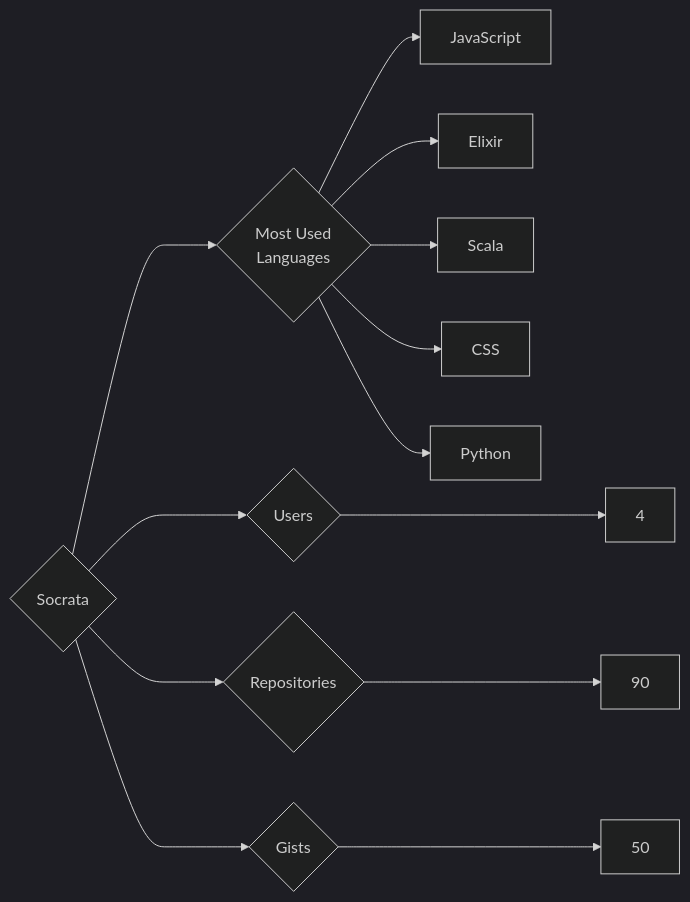
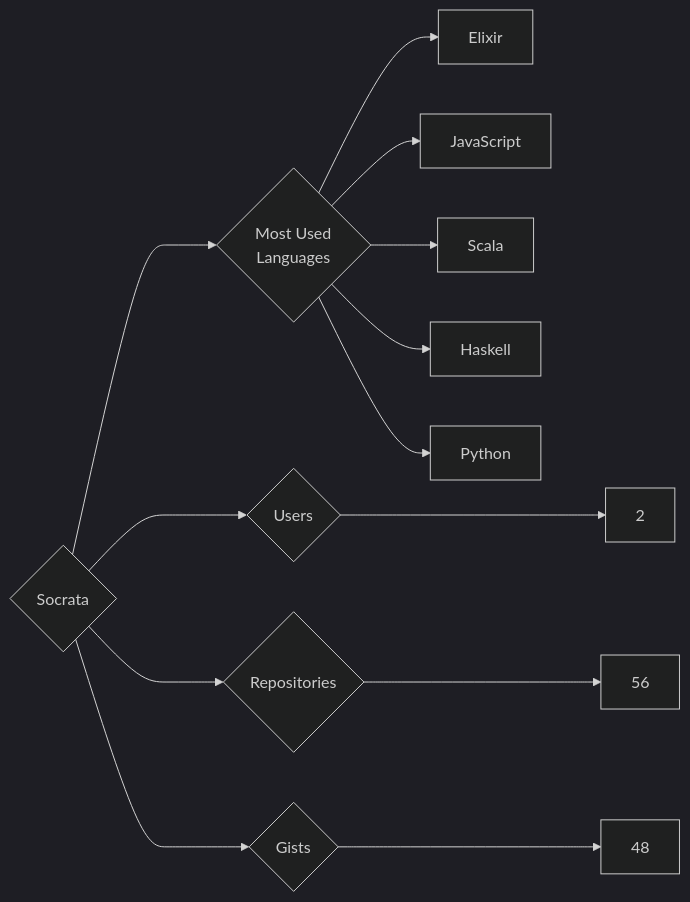
The diagram in targets/Socrata/README.md (trickest/insiders), drawn with Mermaid (dark theme) before and after one commit. The commit also changed 799 other files, not shown here.

````diff
--- a/targets/Socrata/README.md
+++ b/targets/Socrata/README.md
@@ -3,13 +3,13 @@
 ```mermaid
 graph LR
 COMPANY_NAME{Socrata}
-COMPANY_NAME ---> U{Users} ---> UN[4]
-COMPANY_NAME ---> R{Repositories} ---> RN[90]
-COMPANY_NAME ---> G{Gists} ---> GN[50]
+COMPANY_NAME ---> U{Users} ---> UN[2]
+COMPANY_NAME ---> R{Repositories} ---> RN[56]
+COMPANY_NAME ---> G{Gists} ---> GN[48]
 COMPANY_NAME ---> ML{Most Used<br>Languages}
+ML --> Elixir[Elixir]
 ML --> JavaScript[JavaScript]
-ML --> Elixir[Elixir]
 ML --> Scala[Scala]
-ML --> CSS[CSS]
+ML --> Haskell[Haskell]
 ML --> Python[Python]
 ```
````
